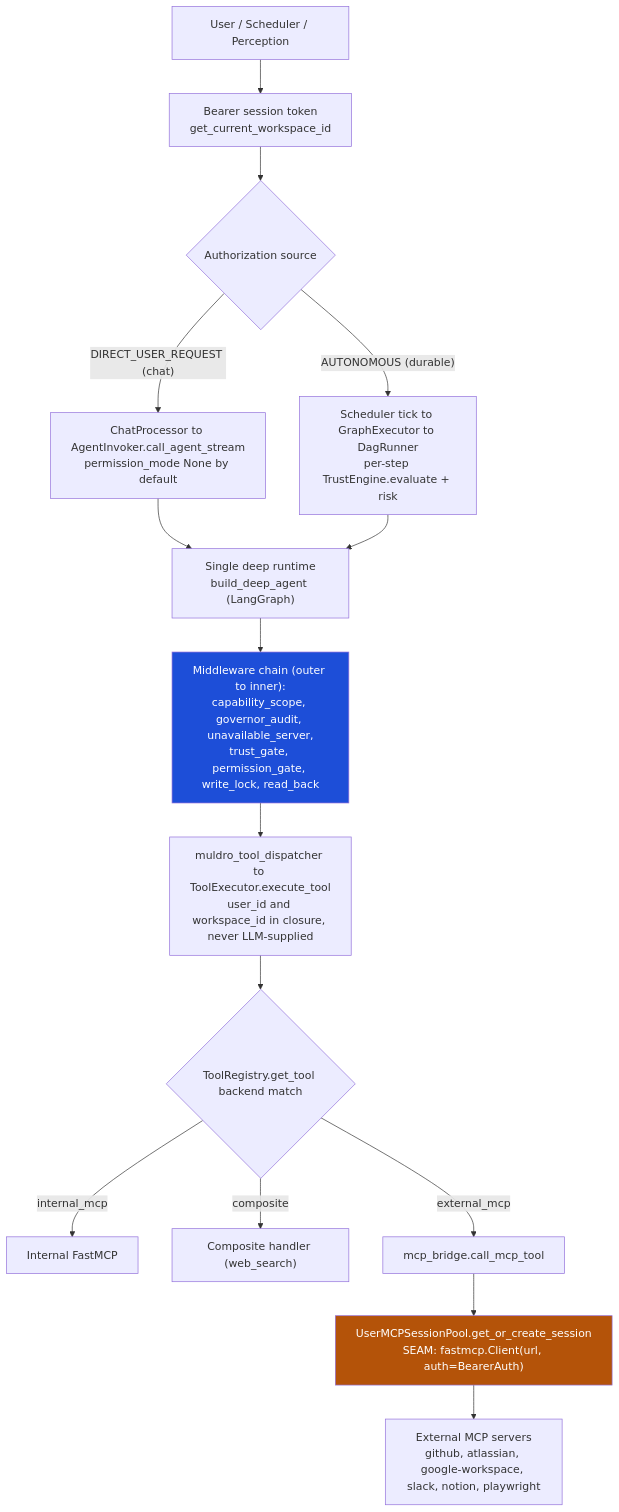
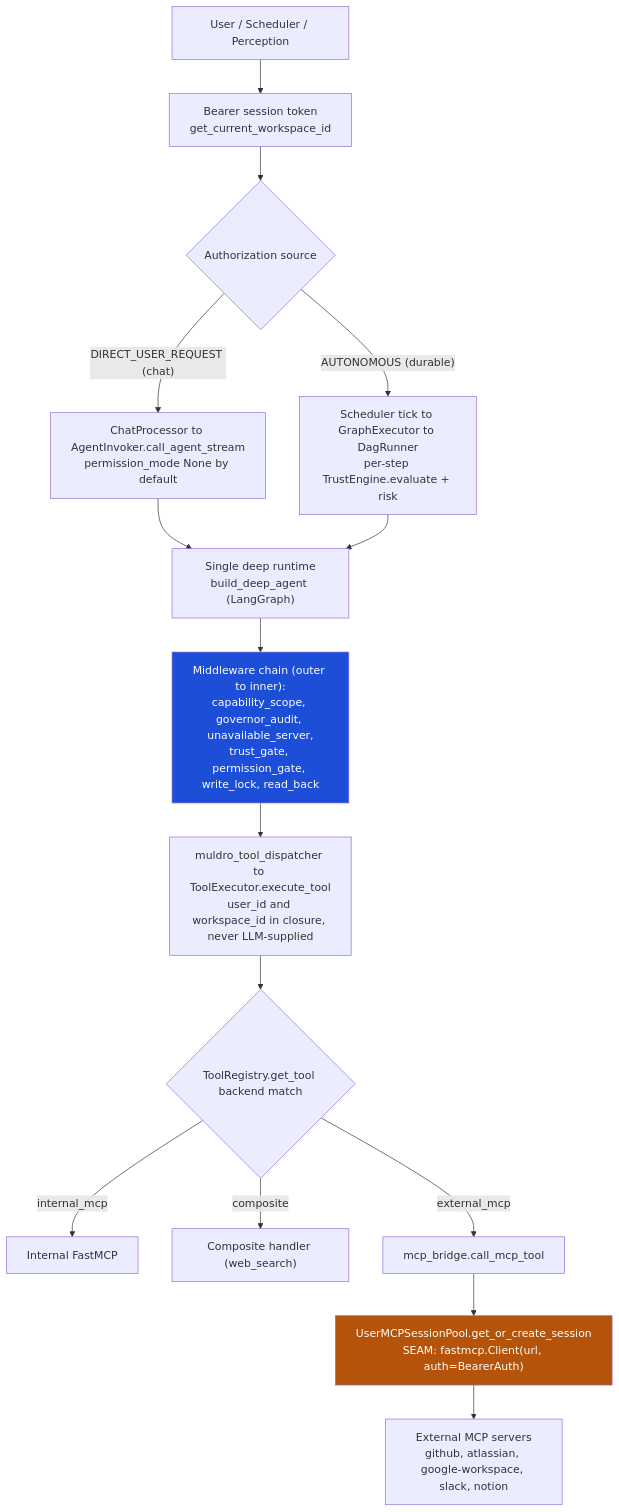
One commit to shivadharmi/muldro changed the first of 13 diagrams in docs/architecture/toolhive-openconnector-assessment.md. Above: the diagram before and after it, drawn with Mermaid. The commit also changed other lines of this file and 42 other files, not shown here.

````diff
--- a/docs/architecture/toolhive-openconnector-assessment.md
+++ b/docs/architecture/toolhive-openconnector-assessment.md
@@ -55,25 +55,25 @@
 ```mermaid
 flowchart TD
     U["User / Scheduler / Perception"] --> AUTH["Bearer session token<br/>get_current_workspace_id"]
     AUTH --> RT{"Authorization source"}
 
     RT -->|"DIRECT_USER_REQUEST (chat)"| CHAT["ChatProcessor to AgentInvoker.call_agent_stream<br/>permission_mode None by default"]
     RT -->|"AUTONOMOUS (durable)"| DAG["Scheduler tick to GraphExecutor to DagRunner<br/>per-step TrustEngine.evaluate + risk"]
 
     CHAT --> RUNTIME["Single deep runtime<br/>build_deep_agent (LangGraph)"]
     DAG --> RUNTIME
 
     RUNTIME --> MW["Middleware chain (outer to inner):<br/>capability_scope, governor_audit, unavailable_server,<br/>trust_gate, permission_gate, write_lock, read_back"]
     MW --> DISP["muldro_tool_dispatcher to ToolExecutor.execute_tool<br/>user_id and workspace_id in closure, never LLM-supplied"]
     DISP --> REG{"ToolRegistry.get_tool backend match"}
 
     REG -->|internal_mcp| INT["Internal FastMCP"]
     REG -->|composite| COMP["Composite handler (web_search)"]
     REG -->|external_mcp| BRIDGE["mcp_bridge.call_mcp_tool"]
 
     BRIDGE --> POOL["UserMCPSessionPool.get_or_create_session<br/>SEAM: fastmcp.Client(url, auth=BearerAuth)"]
-    POOL --> EXT["External MCP servers<br/>github, atlassian, google-workspace, slack, notion, playwright"]
+    POOL --> EXT["External MCP servers<br/>github, atlassian, google-workspace, slack, notion"]
 
     style POOL fill:#b45309,color:#fff
     style MW fill:#1d4ed8,color:#fff
 ```
````
